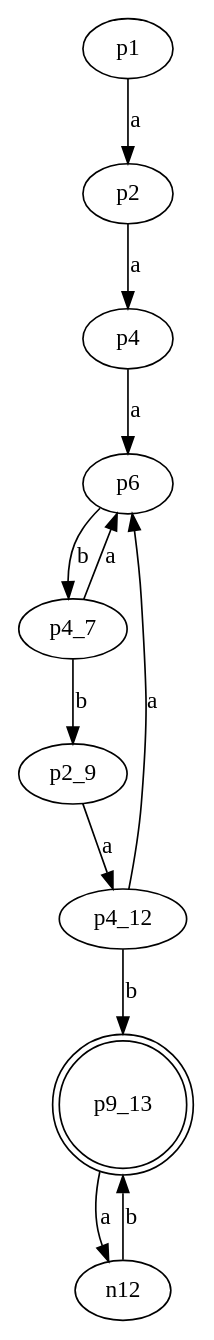
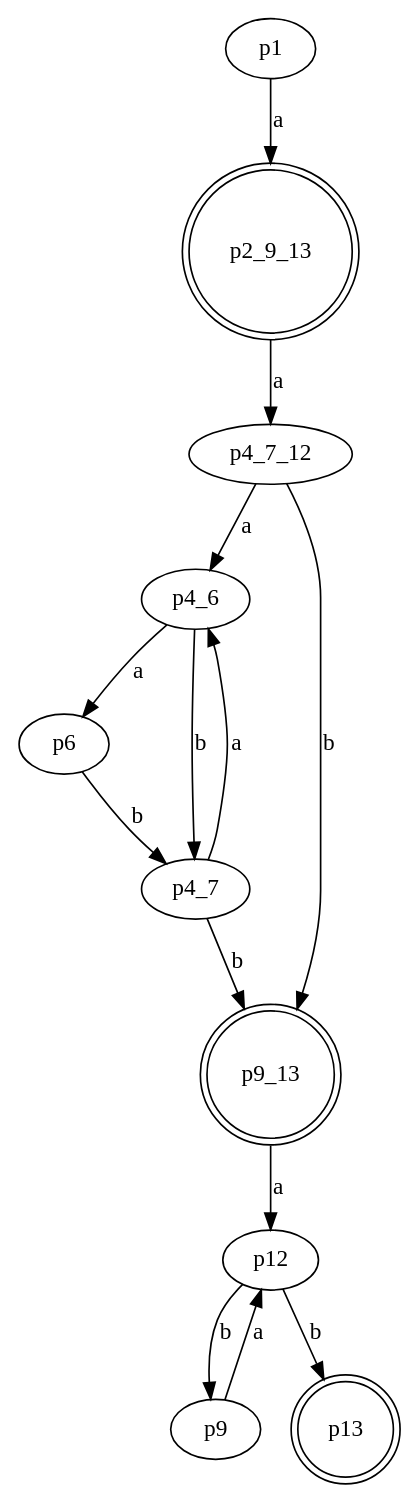
One commit to NRU-MPEI-IMAI/git-Edmelissa changed the diagram in Task3/3_2(final).gv. Above: the diagram before and after it, drawn with Graphviz.

```diff
--- a/Task3/3_2(final).gv
+++ b/Task3/3_2(final).gv
@@ -1,24 +1,35 @@
 digraph G 
 {
     n1 [label = p1]
-    n2 [label = p2]
-    n4 [label = p4]
+    n2_9_13 [label = p2_9_13, shape = doublecircle]
+    n4_7_12 [label = p4_7_12]
+    n4_6 [label = p4_6]
+    n9_13 [label = p9_13, shape = doublecircle]
     n6 [label = p6]
+    n12 [label = p12]
     n4_7 [label = p4_7]
-    n2_9 [label = p2_9]
-    n4_12 [label = p4_12]
-    n9_13[label = p9_13, shape = doublecircle]
+    n9 [label = p9]
+    n13 [label = p13, shape = doublecircle]
 
-
-    n1 -> n2 [label = "a"]
-    n2 -> n4 [label = "a"]
-    n4 -> n6 [label = "a"]
+    n1 -> n2_9_13 [label = "a"]
+    
+    n2_9_13 -> n4_7_12 [label = "a"]
+    
+    n4_7_12 -> n4_6 [label = "a"]
+    n4_7_12 -> n9_13 [label = "b"]
+    
+    n4_6 -> n6 [label = "a"]
+    n4_6 -> n4_7 [label = "b"]
+    
+    n9_13 -> n12 [label = "a"]
+    
     n6 -> n4_7 [label = "b"]
-    n4_7 -> n6 [label = "a"]
-    n4_7 -> n2_9 [label = "b"]
-    n2_9 -> n4_12 [label = "a"]
-    n4_12 -> n6 [label = "a"]
-    n4_12 -> n9_13 [label = "b"]
-    n9_13 -> n12 [label = "a"]
-    n12 -> n9_13 [label = "b"]
+    
+    n4_7 -> n4_6 [label = "a"]
+    n4_7 -> n9_13 [label = "b"]
+    
+    n12 -> n13 [label = "b"]
+    n12 -> n9 [label = "b"]
+    
+    n9 -> n12 [label = "a"]
 }
```
